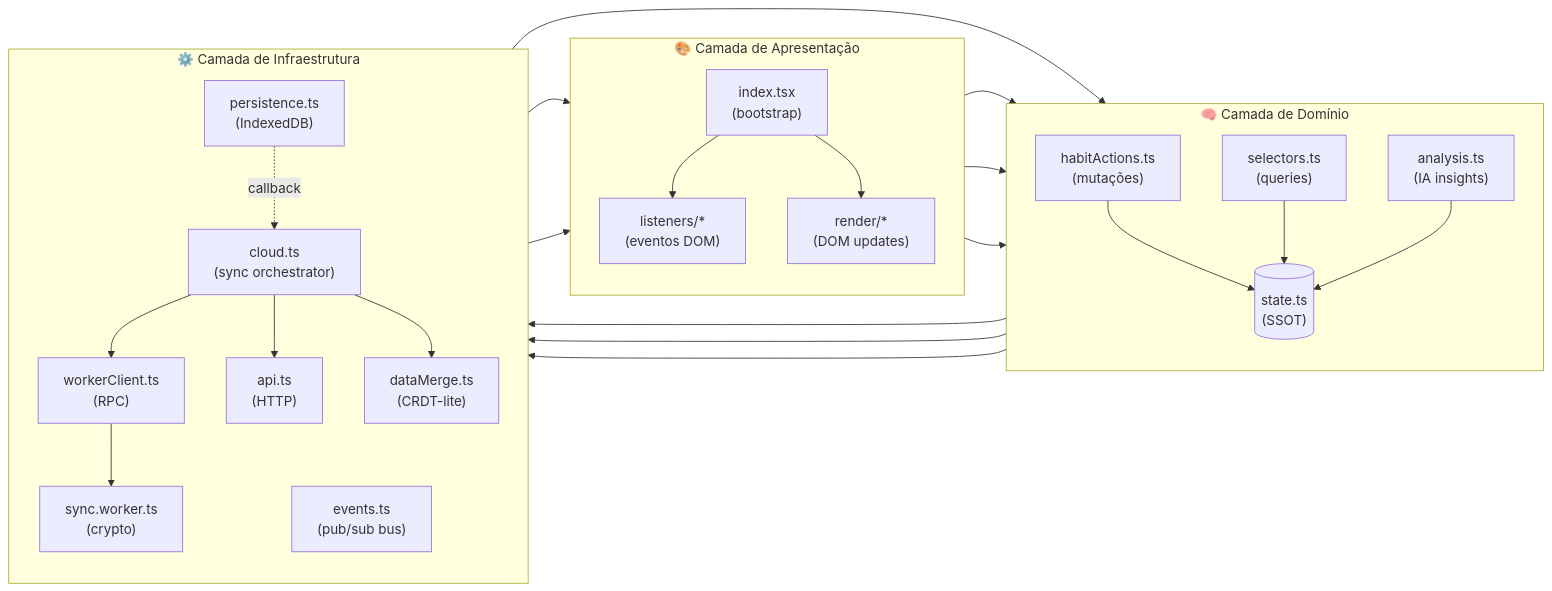
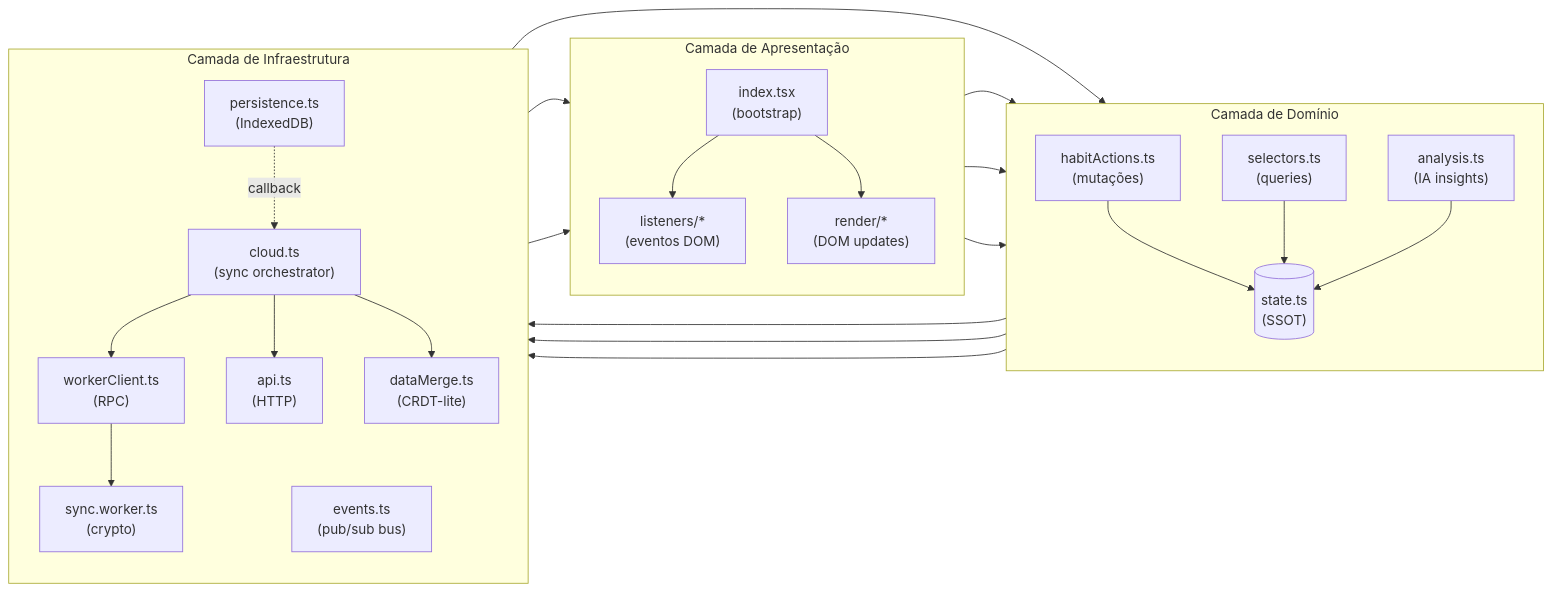
Before and after one commit to farifran/askesis: the third of 18 diagrams in README.md, drawn with Mermaid.

Commit message:
Remove emojis dos rótulos das camadas no diagrama de fluxo para maior clareza

````diff
--- a/README.md
+++ b/README.md
@@ -193,63 +193,63 @@
 ```mermaid
 flowchart LR
   %% Layout horizontal: fluxo da esquerda para direita, minimizando cruzamentos
 
-  subgraph PRESENTATION["🎨 Camada de Apresentação"]
+  subgraph PRESENTATION["Camada de Apresentação"]
     direction TB
     IDX["index.tsx<br/>(bootstrap)"]
     LISTEN["listeners/*<br/>(eventos DOM)"]
     RENDER["render/*<br/>(DOM updates)"]
   end
 
-  subgraph DOMAIN["🧠 Camada de Domínio"]
+  subgraph DOMAIN["Camada de Domínio"]
     direction TB
     ACTIONS["habitActions.ts<br/>(mutações)"]
     SELECTORS["selectors.ts<br/>(queries)"]
     ANALYSIS["analysis.ts<br/>(IA insights)"]
     STATE[("state.ts<br/>(SSOT)")]
   end
 
-  subgraph INFRA["⚙️ Camada de Infraestrutura"]
+  subgraph INFRA["Camada de Infraestrutura"]
     direction TB
     PERSIST["persistence.ts<br/>(IndexedDB)"]
     EVENTS["events.ts<br/>(pub/sub bus)"]
     CLOUD["cloud.ts<br/>(sync orchestrator)"]
     WRPC["workerClient.ts<br/>(RPC)"]
     WORKER["sync.worker.ts<br/>(crypto)"]
     API["api.ts<br/>(HTTP)"]
     MERGE["dataMerge.ts<br/>(CRDT-lite)"]
   end
 
   %% === Bootstrap (inicialização) ===
   IDX --> LISTEN
   IDX --> RENDER
 
   %% === UI → Domínio ===
   LISTEN --> ACTIONS
   LISTEN --> ANALYSIS
   RENDER --> SELECTORS
 
   %% === Domínio → Estado ===
   ACTIONS --> STATE
   SELECTORS --> STATE
   ANALYSIS --> STATE
 
   %% === Persistência Local ===
   ACTIONS --> PERSIST
   PERSIST --> STATE
 
   %% === Event Bus (comunicação assíncrona) ===
   ACTIONS --> EVENTS
   EVENTS --> RENDER
   EVENTS --> LISTEN
 
   %% === Pipeline de Sync ===
   ANALYSIS --> CLOUD
   CLOUD --> WRPC
   CLOUD --> API
   CLOUD --> MERGE
   WRPC --> WORKER
 
   %% === Callback de Persistência ===
   PERSIST -.->|callback| CLOUD
 ```
````
